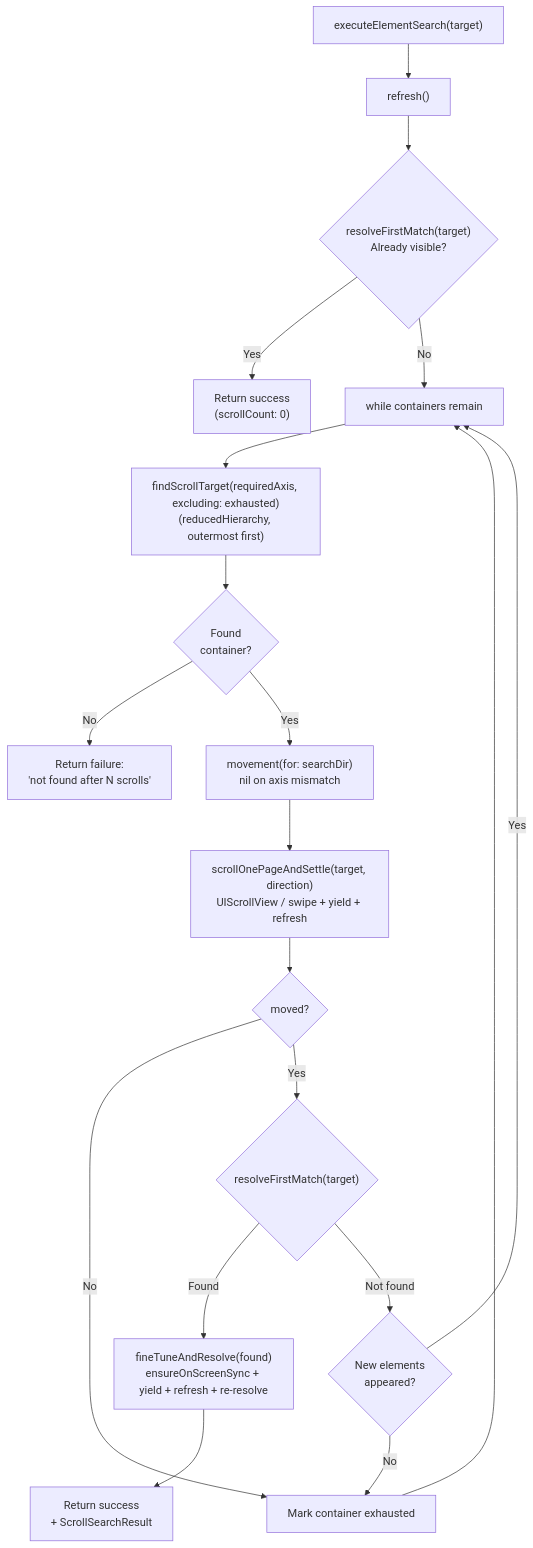
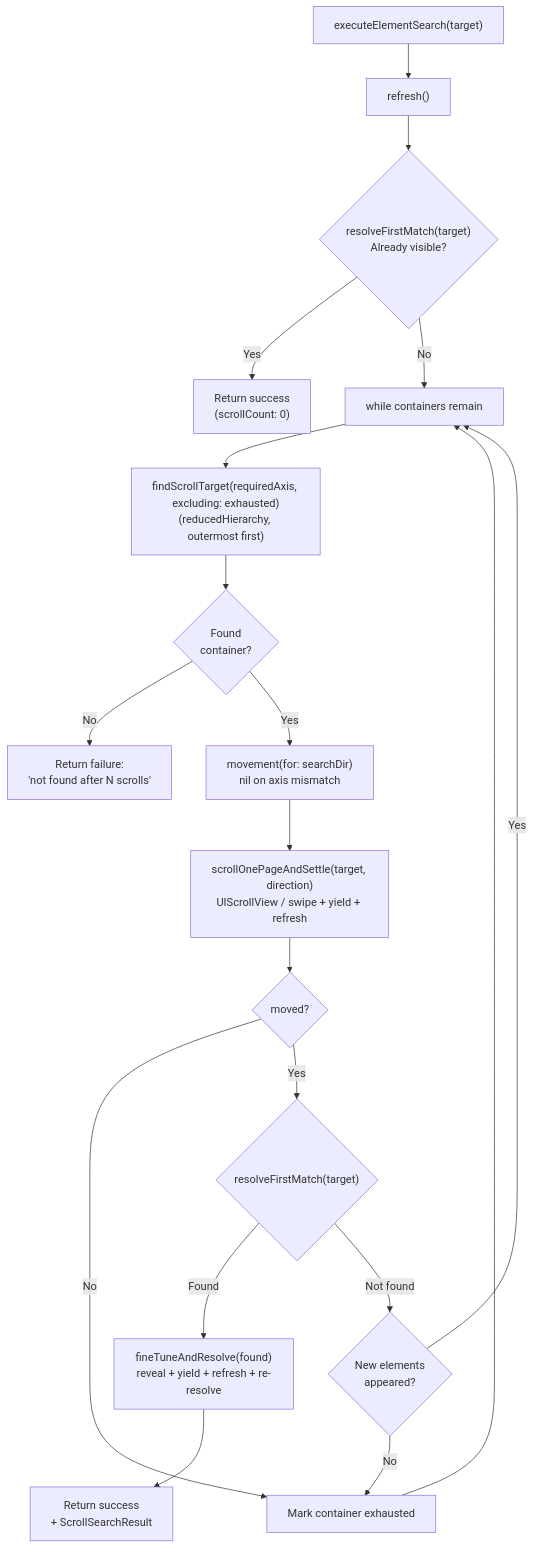
The second of 2 diagrams in docs/dossiers/14a-SCROLLING.md (RoyalPineapple/TheButtonHeist), drawn with Mermaid before and after one commit. The commit also changed other lines of this file and 17 other files, not shown here.

````diff
--- a/docs/dossiers/14a-SCROLLING.md
+++ b/docs/dossiers/14a-SCROLLING.md
@@ -166,24 +199,24 @@
 ```mermaid
 flowchart TD
     S["executeElementSearch(target)"] --> REF["refresh()"]
     REF --> CHK{"resolveFirstMatch(target)<br/>Already visible?"}
     CHK -->|Yes| DONE["Return success<br/>(scrollCount: 0)"]
     CHK -->|No| LOOP["while containers remain"]
 
     LOOP --> FIND["findScrollTarget(requiredAxis, excluding: exhausted)<br/>(reducedHierarchy, outermost first)"]
     FIND --> SVOK{Found<br/>container?}
     SVOK -->|No| FAILN["Return failure:<br/>'not found after N scrolls'"]
     SVOK -->|Yes| ADAPT["movement(for: searchDir)<br/>nil on axis mismatch"]
 
     ADAPT --> SCROLL["scrollOnePageAndSettle(target, direction)<br/>UIScrollView / swipe + yield + refresh"]
     SCROLL --> MOVED{moved?}
     MOVED -->|No| EXHAUST["Mark container exhausted"]
     EXHAUST --> LOOP
 
     MOVED -->|Yes| FM{"resolveFirstMatch(target)"}
-    FM -->|Found| FT["fineTuneAndResolve(found)<br/>ensureOnScreenSync + yield + refresh + re-resolve"]
+    FM -->|Found| FT["fineTuneAndResolve(found)<br/>reveal + yield + refresh + re-resolve"]
     FT --> END["Return success<br/>+ ScrollSearchResult"]
     FM -->|Not found| NEW{New elements<br/>appeared?}
     NEW -->|No| EXHAUST
     NEW -->|Yes| LOOP
 ```
````
